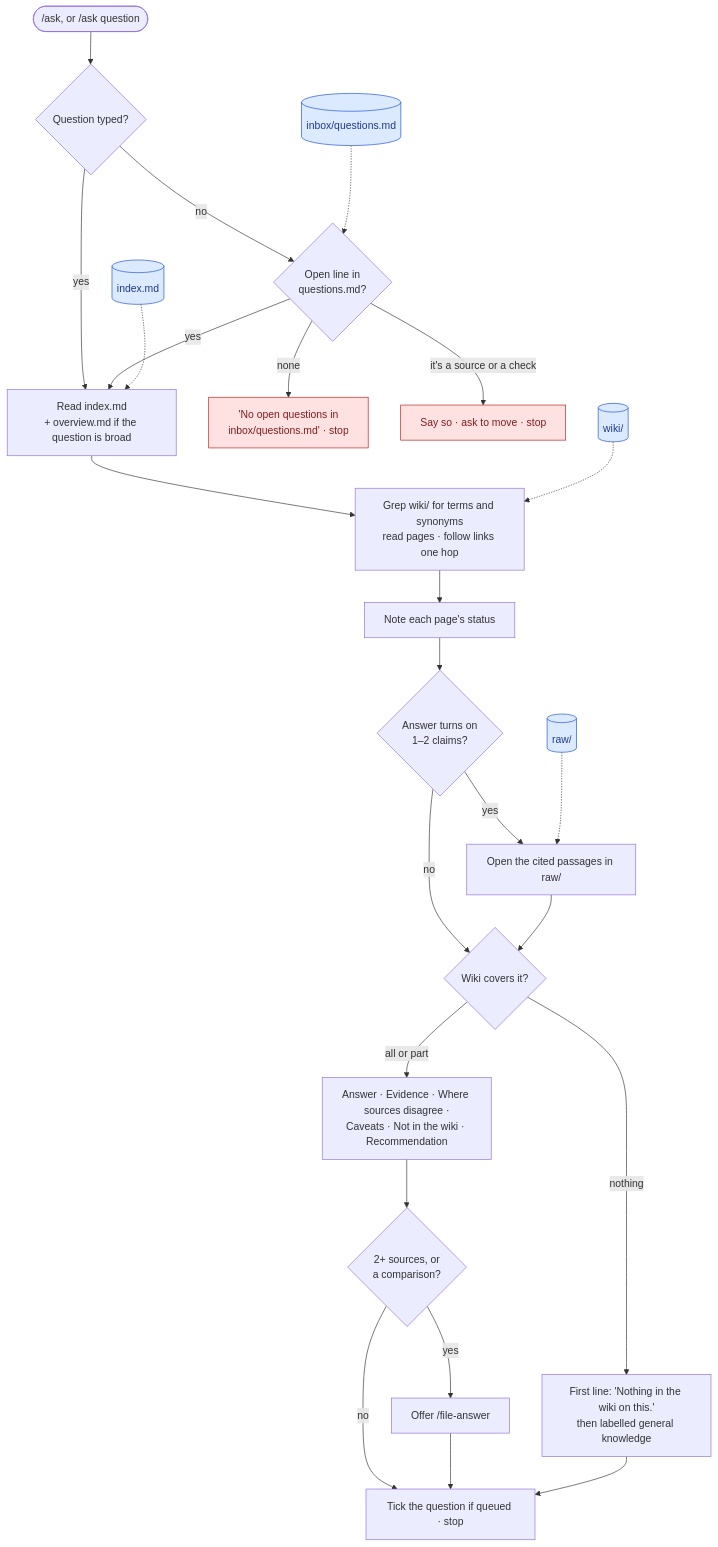
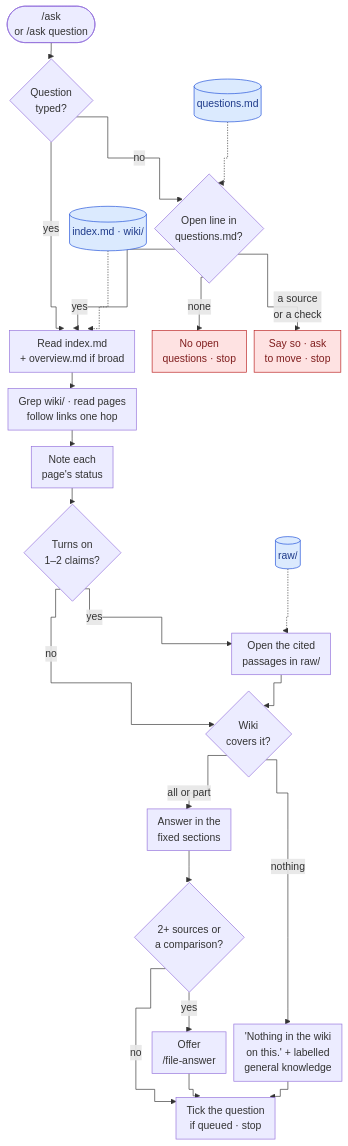
Before and after one commit to quocnguyen13/second-brain: the sixth of 16 diagrams in mine/projects/thinking-system/23 Product Requirements.md, drawn with Mermaid. The commit also changed other lines of this file and 5 other files, not shown here.

````diff
--- a/mine/projects/thinking-system/23 Product Requirements.md
+++ b/mine/projects/thinking-system/23 Product Requirements.md
@@ -481,30 +539,30 @@
 ```mermaid
+%%{init: {"flowchart": {"curve": "step", "useMaxWidth": true, "nodeSpacing": 12, "rankSpacing": 25, "padding": 8, "subGraphTitleMargin": {"top": 4, "bottom": 8}}}}%%
 flowchart TD
-    A(["/ask, or /ask question"]) --> B{"Question typed?"}
+    A(["/ask<br/>or /ask question"]) --> B{"Question<br/>typed?"}
     B -->|"yes"| D
     B -->|"no"| C{"Open line in<br/>questions.md?"}
-    C -->|"none"| X1["'No open questions in<br/>inbox/questions.md' · stop"]
-    C -->|"it's a source or a check"| X2["Say so · ask to move · stop"]
-    C -->|"yes"| D["Read index.md<br/>+ overview.md if the question is broad"]
-    D --> E["Grep wiki/ for terms and synonyms<br/>read pages · follow links one hop"]
-    E --> F["Note each page's status"]
-    F --> G{"Answer turns on<br/>1–2 claims?"}
-    G -->|"yes"| H["Open the cited passages in raw/"]
+    C -->|"none"| X1["No open<br/>questions · stop"]
+    C -->|"a source<br/>or a check"| X2["Say so · ask<br/>to move · stop"]
+    C -->|"yes"| D["Read index.md<br/>+ overview.md if broad"]
+    D --> E["Grep wiki/ · read pages<br/>follow links one hop"]
+    E --> F["Note each<br/>page's status"]
+    F --> G{"Turns on<br/>1–2 claims?"}
+    G -->|"yes"| H["Open the cited<br/>passages in raw/"]
     G -->|"no"| I
-    H --> I{"Wiki covers it?"}
-    I -->|"nothing"| X3["First line: 'Nothing in the wiki on this.'<br/>then labelled general knowledge"]
-    I -->|"all or part"| J["Answer · Evidence · Where sources disagree ·<br/>Caveats · Not in the wiki · Recommendation"]
-    J --> K{"2+ sources, or<br/>a comparison?"}
-    K -->|"yes"| K1["Offer /file-answer"]
+    H --> I{"Wiki<br/>covers it?"}
+    I -->|"nothing"| X3["'Nothing in the wiki<br/>on this.' + labelled<br/>general knowledge"]
+    I -->|"all or part"| J["Answer in the<br/>fixed sections"]
+    J --> K{"2+ sources or<br/>a comparison?"}
+    K -->|"yes"| K1["Offer<br/>/file-answer"]
     K -->|"no"| L
-    K1 --> L["Tick the question if queued · stop"]
+    K1 --> L["Tick the question<br/>if queued · stop"]
     X3 --> L
-    IX[("index.md")] -.-> D
-    WK[("wiki/")] -.-> E
+    IX[("index.md · wiki/")] -.-> D
     RW[("raw/")] -.-> H
-    QQ[("inbox/questions.md")] -.-> C
+    QQ[("questions.md")] -.-> C
     classDef stop fill:#fee2e2,stroke:#b91c1c,color:#7f1d1d
     classDef store fill:#dbeafe,stroke:#1d4ed8,color:#1e3a8a
     class X1,X2 stop
-    class IX,WK,RW,QQ store
+    class IX,RW,QQ store
 ```
````
